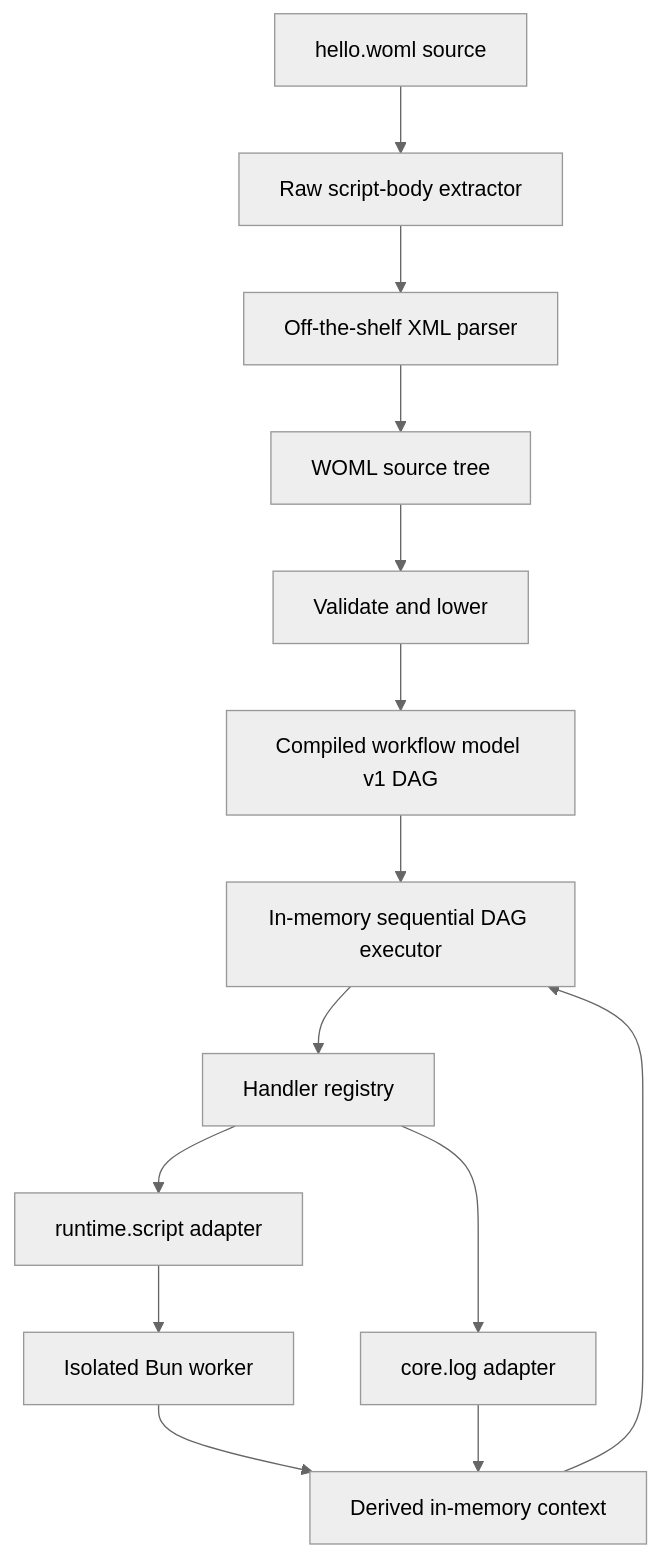
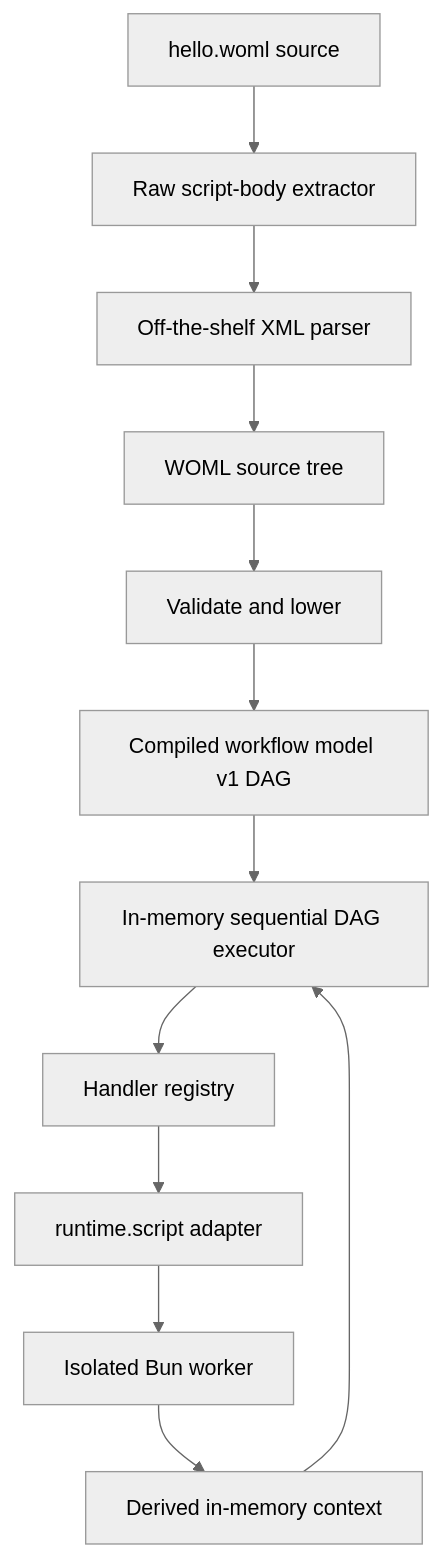
One commit to dali-benothmen/woml changed the diagram in WOML CLI Vertical Slice Plan.md. Above: the diagram before and after it, drawn with Mermaid (neutral theme). The commit also changed other lines of this file and 15 other files, not shown here.

````diff
--- a/WOML CLI Vertical Slice Plan.md
+++ b/WOML CLI Vertical Slice Plan.md
@@ -101,29 +103,26 @@
 ```mermaid
 flowchart TD
     Source[hello.woml source]
     Raw[Raw script-body extractor]
     XML[Off-the-shelf XML parser]
     AST[WOML source tree]
     Compiler[Validate and lower]
     Model[Compiled workflow model v1 DAG]
     Executor[In-memory sequential DAG executor]
     Registry[Handler registry]
     Script[runtime.script adapter]
-    Log[core.log adapter]
     Worker[Isolated Bun worker]
     Context[Derived in-memory context]
 
     Source --> Raw
     Raw --> XML
     XML --> AST
     AST --> Compiler
     Compiler --> Model
     Model --> Executor
     Executor --> Registry
     Registry --> Script
-    Registry --> Log
     Script --> Worker
     Worker --> Context
-    Log --> Context
     Context --> Executor
 ```
````
